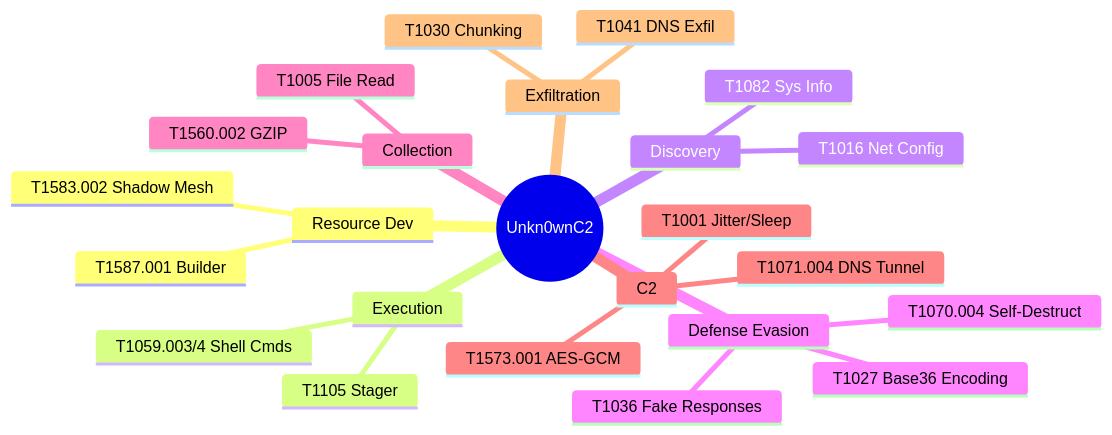
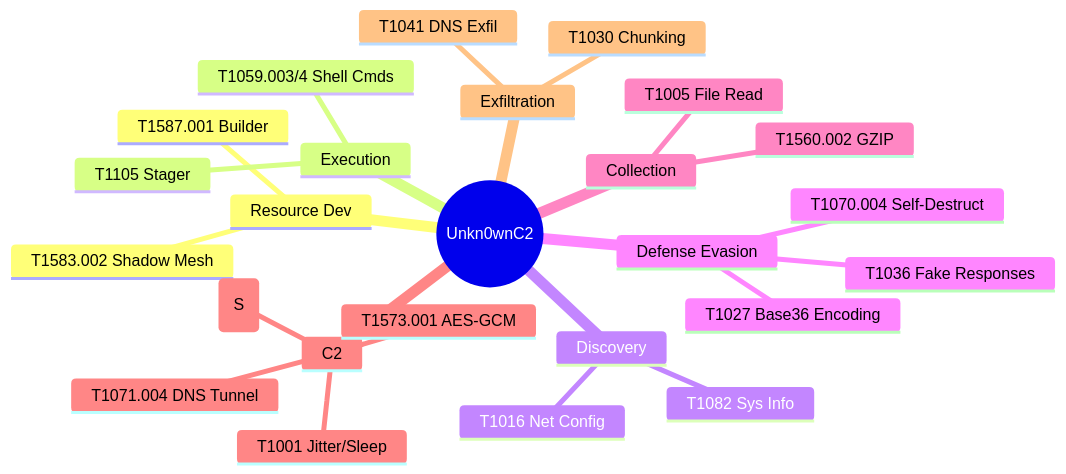
Before and after one commit to abb3rrant/Unkn0wnC2: the diagram in docs/TTPS.md, drawn with Mermaid. The commit also changed other lines of this file and 8 other files, not shown here.

````diff
--- a/docs/TTPS.md
+++ b/docs/TTPS.md
@@ -30,43 +31,44 @@
 ```mermaid
 mindmap
   root((Unkn0wnC2))
     Resource Dev
       T1587.001 Builder
         ::icon(fa fa-tools)
       T1583.002 Shadow Mesh
         ::icon(fa fa-globe)
     Execution
       T1059.003/4 Shell Cmds
         ::icon(fa fa-terminal)
       T1105 Stager
         ::icon(fa fa-download)
     Discovery
       T1082 Sys Info
         ::icon(fa fa-info-circle)
       T1016 Net Config
         ::icon(fa fa-network-wired)
     Defense Evasion
       T1027 Base36 Encoding
         ::icon(fa fa-file-code)
       T1070.004 Self-Destruct
         ::icon(fa fa-trash)
       T1036 Fake Responses
         ::icon(fa fa-user-secret)
     Collection
       T1560.002 GZIP
         ::icon(fa fa-file-archive)
       T1005 File Read
         ::icon(fa fa-file)
     C2
       T1071.004 DNS Tunnel
+      T1071.001 HTTP(S)
         ::icon(fa fa-network-wired)
       T1573.001 AES-GCM
         ::icon(fa fa-lock)
       T1001 Jitter/Sleep
         ::icon(fa fa-stopwatch)
     Exfiltration
       T1041 DNS Exfil
         ::icon(fa fa-upload)
       T1030 Chunking
         ::icon(fa fa-cut)
 ```
````
